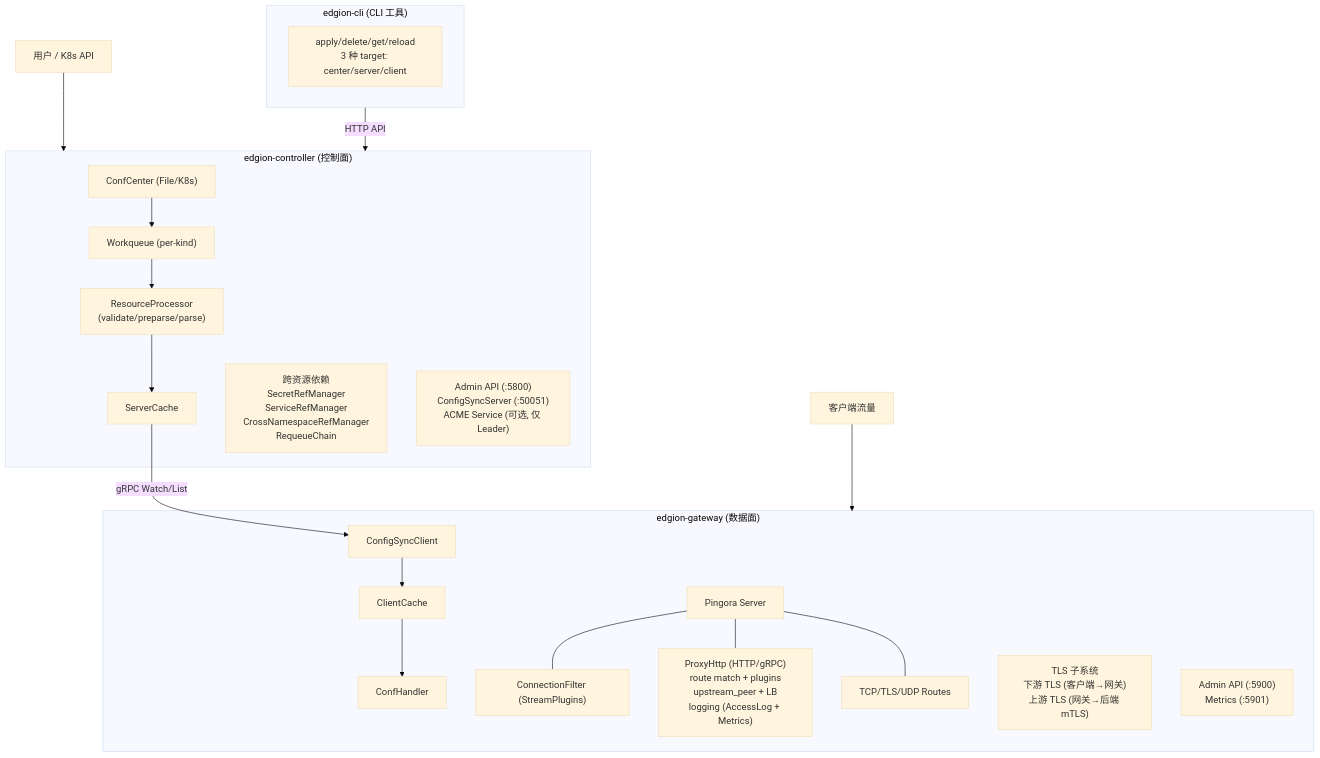
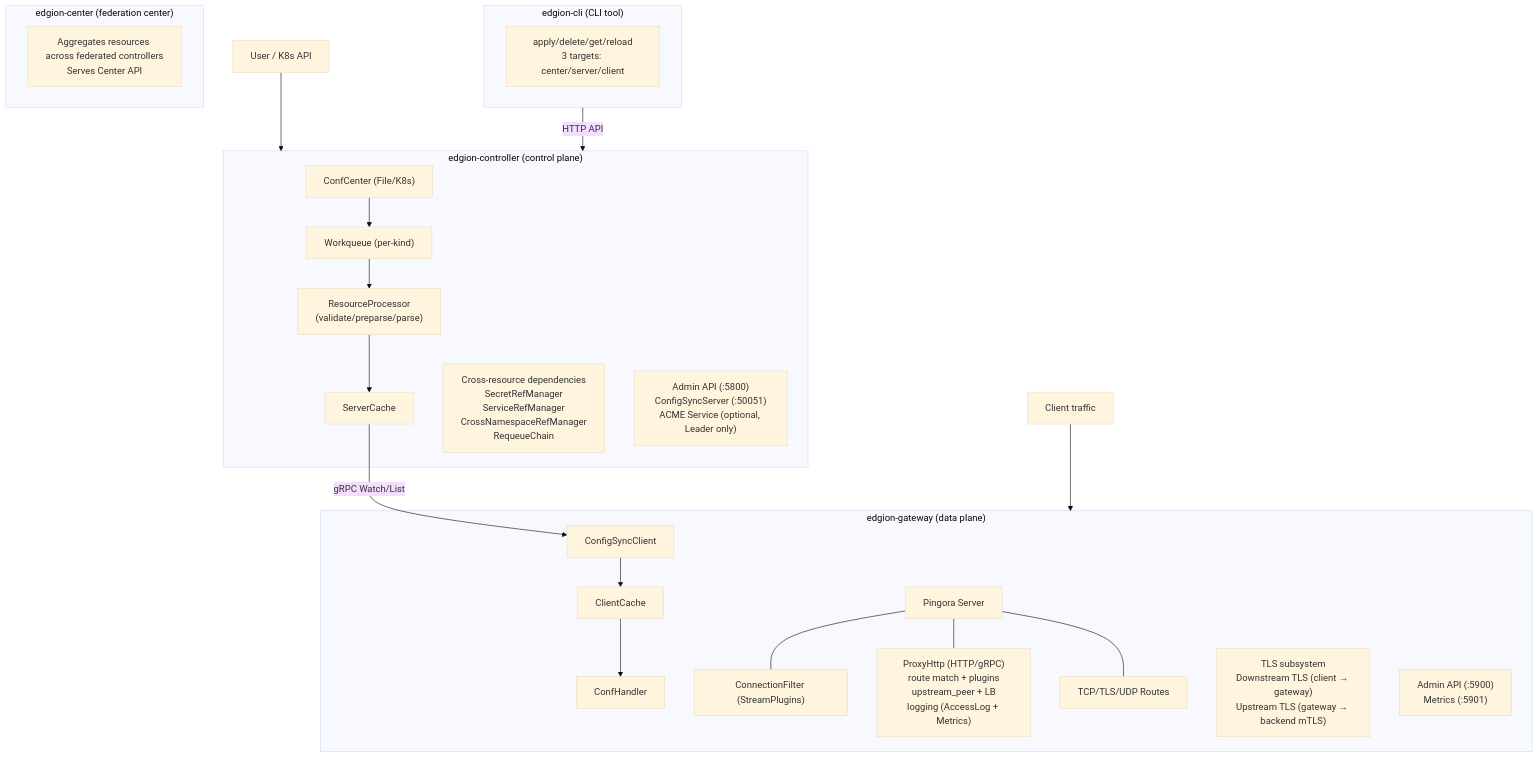
One commit to Pandaala/Edgion changed the diagram in skills/01-architecture/SKILL.md. Above: the diagram before and after it, drawn with Mermaid (base theme). The commit also changed other lines of this file and 1373 other files, not shown here.

````diff
--- a/skills/01-architecture/SKILL.md
+++ b/skills/01-architecture/SKILL.md
@@ -14,34 +14,38 @@
 ```mermaid
 flowchart TD
-    User["用户 / K8s API"] --> Controller
-    Traffic["客户端流量"] --> Gateway
+    User["User / K8s API"] --> Controller
+    Traffic["Client traffic"] --> Gateway
 
-    subgraph Controller["edgion-controller (控制面)"]
+    subgraph Controller["edgion-controller (control plane)"]
         CC["ConfCenter (File/K8s)"] --> WQ["Workqueue (per-kind)"]
         WQ --> RP["ResourceProcessor\n(validate/preparse/parse)"]
         RP --> SC["ServerCache"]
-        CrossRef["跨资源依赖\nSecretRefManager\nServiceRefManager\nCrossNamespaceRefManager\nRequeueChain"]
-        CtrlServices["Admin API (:5800)\nConfigSyncServer (:50051)\nACME Service (可选, 仅 Leader)"]
+        CrossRef["Cross-resource dependencies\nSecretRefManager\nServiceRefManager\nCrossNamespaceRefManager\nRequeueChain"]
+        CtrlServices["Admin API (:5800)\nConfigSyncServer (:50051)\nACME Service (optional, Leader only)"]
     end
 
     SC -- "gRPC Watch/List" --> SyncClient
 
-    subgraph Gateway["edgion-gateway (数据面)"]
+    subgraph Gateway["edgion-gateway (data plane)"]
         SyncClient["ConfigSyncClient"] --> ClientCache["ClientCache"] --> ConfHandler["ConfHandler"]
         PingoraServer["Pingora Server"]
         ConnFilter["ConnectionFilter (StreamPlugins)"]
         ProxyHttp["ProxyHttp (HTTP/gRPC)\nroute match + plugins\nupstream_peer + LB\nlogging (AccessLog + Metrics)"]
         StreamRoutes["TCP/TLS/UDP Routes"]
         PingoraServer --- ConnFilter
         PingoraServer --- ProxyHttp
         PingoraServer --- StreamRoutes
-        TLS["TLS 子系统\n下游 TLS (客户端→网关)\n上游 TLS (网关→后端 mTLS)"]
+        TLS["TLS subsystem\nDownstream TLS (client → gateway)\nUpstream TLS (gateway → backend mTLS)"]
         GwServices["Admin API (:5900)\nMetrics (:5901)"]
     end
 
-    subgraph CLI["edgion-cli (CLI 工具)"]
-        CliOps["apply/delete/get/reload\n3 种 target: center/server/client"]
+    subgraph CLI["edgion-cli (CLI tool)"]
+        CliOps["apply/delete/get/reload\n3 targets: center/server/client"]
+    end
+
+    subgraph Center["edgion-center (federation center)"]
+        CenterNode["Aggregates resources across federated controllers\nServes Center API"]
     end
 
     CLI -- "HTTP API" --> Controller
 ```
````
